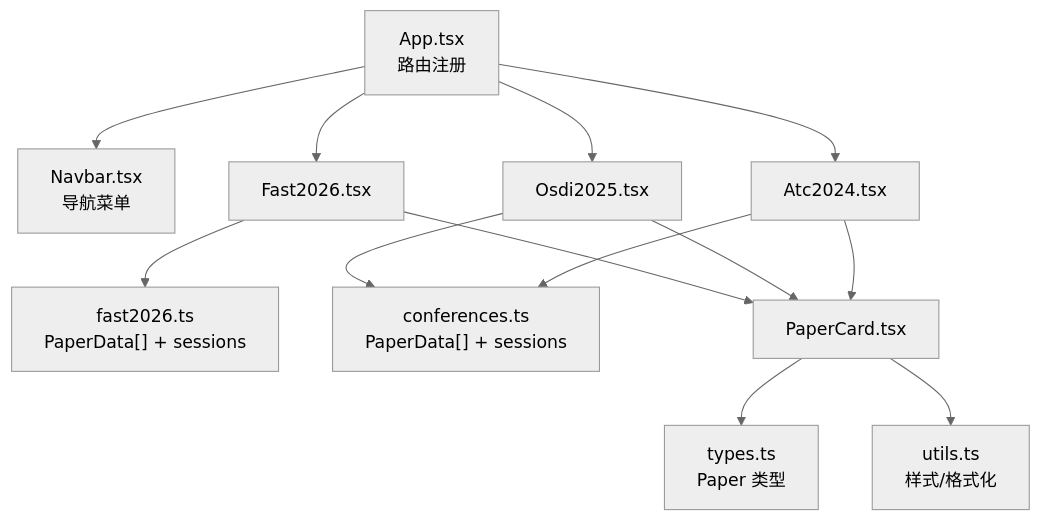
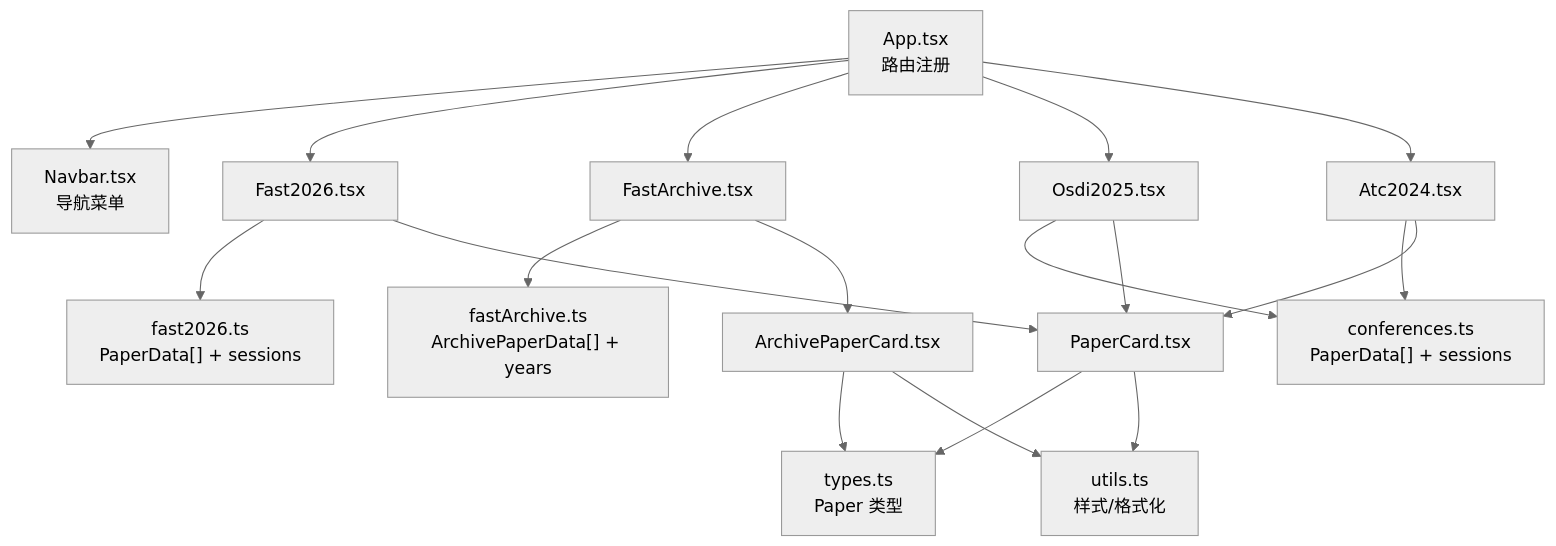
Before and after one commit to erikliu123/storage_ai_blog: the second of 3 diagrams in .qoder/repowiki/zh/content/页面组件/会议专题页面.md, drawn with Mermaid (neutral theme). The commit also changed other lines of this file and 10 other files, not shown here.

Commit message:
fix: Add missing FAST 2023 learned-index, cloud-block, nvme-queue architecture diagrams

````diff
--- a/.qoder/repowiki/zh/content/页面组件/会议专题页面.md
+++ b/.qoder/repowiki/zh/content/页面组件/会议专题页面.md
@@ -130,15 +149,20 @@
 ```mermaid
 graph TB
 APP["App.tsx<br/>路由注册"] --> NAV["Navbar.tsx<br/>导航菜单"]
 APP --> PAGE_F["Fast2026.tsx"]
+APP --> PAGE_FA["FastArchive.tsx"]
 APP --> PAGE_O["Osdi2025.tsx"]
 APP --> PAGE_A["Atc2024.tsx"]
 PAGE_F --> DATA_F["fast2026.ts<br/>PaperData[] + sessions"]
+PAGE_FA --> DATA_FA["fastArchive.ts<br/>ArchivePaperData[] + years"]
 PAGE_O --> DATA_C["conferences.ts<br/>PaperData[] + sessions"]
 PAGE_A --> DATA_C
 PAGE_F --> CARD["PaperCard.tsx"]
+PAGE_FA --> ARCHIVE_CARD["ArchivePaperCard.tsx"]
 PAGE_O --> CARD
 PAGE_A --> CARD
 CARD --> TYPES["types.ts<br/>Paper 类型"]
 CARD --> UTILS["utils.ts<br/>样式/格式化"]
+ARCHIVE_CARD --> TYPES
+ARCHIVE_CARD --> UTILS
 ```
````
